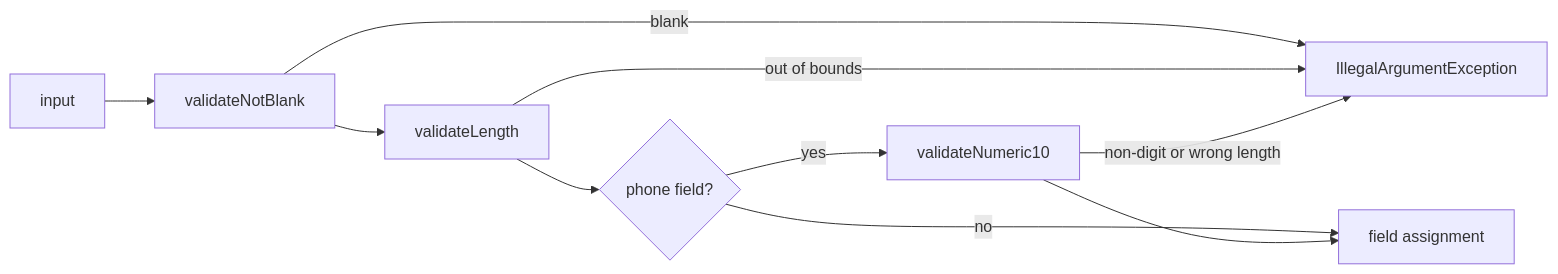
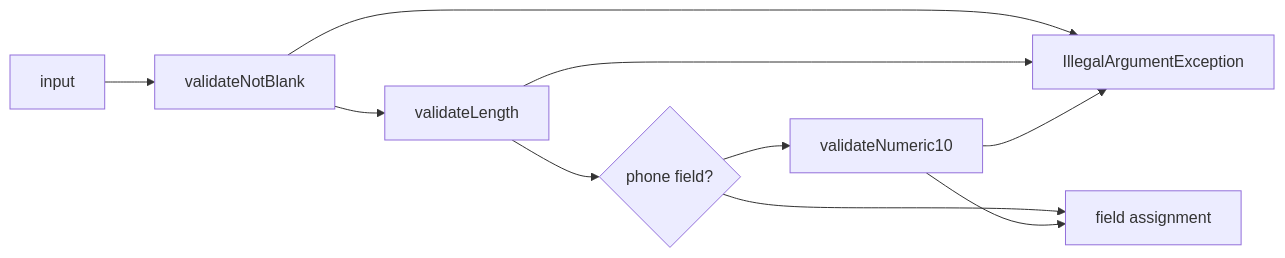
The first of 3 diagrams in README.md (jguida941/contact-suite-spring-react), drawn with Mermaid before and after one commit. The commit also changed other lines of this file, not shown here.

````diff
--- a/README.md
+++ b/README.md
@@ -80,12 +77,12 @@
 ```mermaid
 graph LR
     A[input] --> B[validateNotBlank]
-    B -->|blank| X[IllegalArgumentException]
+    B --> X[IllegalArgumentException]
     B --> C[validateLength]
-    C -->|out of bounds| X
+    C --> X
     C --> D{phone field?}
-    D -->|no| F[field assignment]
-    D -->|yes| E[validateNumeric10]
-    E -->|non-digit or wrong length| X
+    D --> F[field assignment]
+    D --> E[validateNumeric10]
+    E --> X
     E --> F
 ```
````
